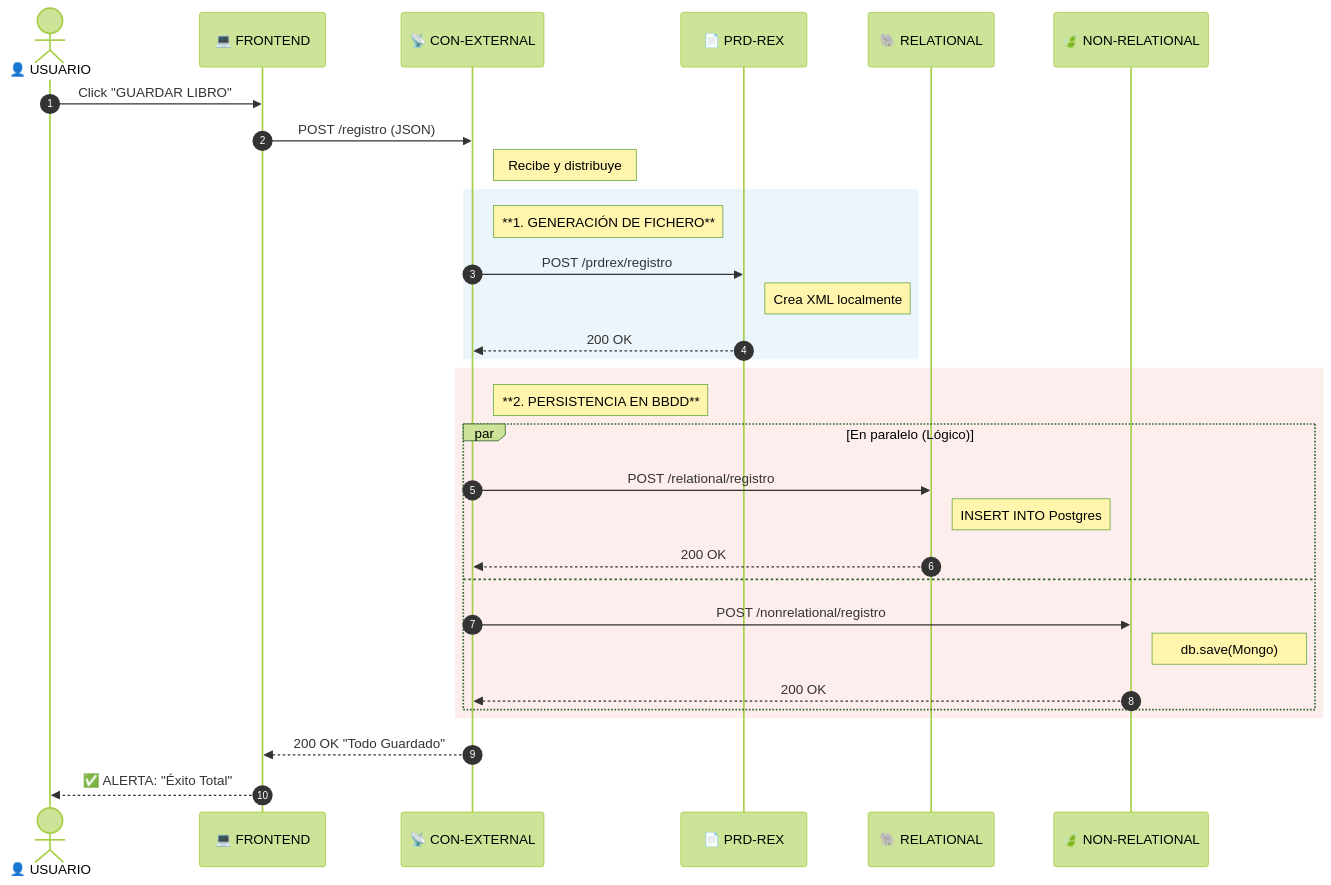
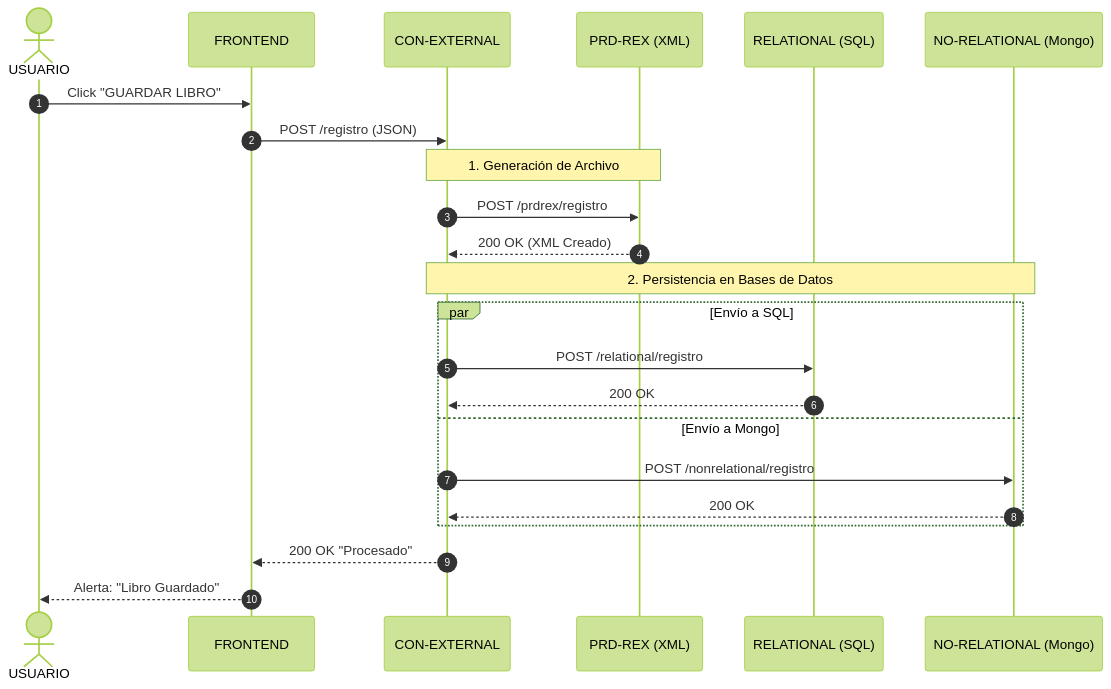
Before and after one commit to saulmnz/PROYECTO_AD: the second of 2 diagrams in README.md, drawn with Mermaid (forest theme). The commit also changed other lines of this file, not shown here.

````diff
--- a/README.md
+++ b/README.md
@@ -139,46 +275,37 @@
 ```mermaid
-
 sequenceDiagram
     autonumber
     
-    %% PARTICIPANTES CON ALIAS
-    actor User as 👤 USUARIO
-    participant Front as 💻 FRONTEND
-    participant Jefe as 📡 CON-EXTERNAL
-    participant XmlWorker as 📄 PRD-REX
-    participant SqlWorker as 🐘 RELATIONAL
-    participant MongoWorker as 🍃 NON-RELATIONAL
+    %% PARTICIPANTES
+    actor User as USUARIO
+    participant Front as FRONTEND
+    participant Jefe as CON-EXTERNAL
+    participant Rex as PRD-REX (XML)
+    participant Sql as RELATIONAL (SQL)
+    participant Mongo as NO-RELATIONAL (Mongo)
 
     %% INICIO
     User->>Front: Click "GUARDAR LIBRO"
     
-    %% ENVIO AL JEFE
+    %% ENVIO AL ORQUESTADOR
     Front->>Jefe: POST /registro (JSON)
-    Note right of Jefe: Recibe y distribuye
     
-    %% FASE 1: XML
-    rect rgb(235, 245, 251)
-        Note right of Jefe: **1. GENERACIÓN DE FICHERO**
-        Jefe->>XmlWorker: POST /prdrex/registro
-        Note right of XmlWorker: Crea XML localmente
-        XmlWorker-->>Jefe: 200 OK
+    %% PASO 1: XML
+    Note over Jefe, Rex: 1. Generación de Archivo
+    Jefe->>Rex: POST /prdrex/registro
+    Rex-->>Jefe: 200 OK (XML Creado)
+
+    %% PASO 2: BASES DE DATOS (EN PARALELO)
+    Note over Jefe, Mongo: 2. Persistencia en Bases de Datos
+    par Envío a SQL
+        Jefe->>Sql: POST /relational/registro
+        Sql-->>Jefe: 200 OK
+    and Envío a Mongo
+        Jefe->>Mongo: POST /nonrelational/registro
+        Mongo-->>Jefe: 200 OK
     end
 
-    %% FASE 2: BBDD
-    rect rgb(253, 237, 236)
-        Note right of Jefe: **2. PERSISTENCIA EN BBDD**
-        par En paralelo (Lógico)
-            Jefe->>SqlWorker: POST /relational/registro
-            Note right of SqlWorker: INSERT INTO Postgres
-            SqlWorker-->>Jefe: 200 OK
-        and
-            Jefe->>MongoWorker: POST /nonrelational/registro
-            Note right of MongoWorker: db.save(Mongo)
-            MongoWorker-->>Jefe: 200 OK
-        end
-    end
-
-    %% FINAL
-    Jefe-->>Front: 200 OK "Todo Guardado"
-    Front-->>User: ✅ ALERTA: "Éxito Total"
+    %% RESPUESTA FINAL
+    Jefe-->>Front: 200 OK "Procesado"
+    Front-->>User: Alerta: "Libro Guardado"
 ```
````
